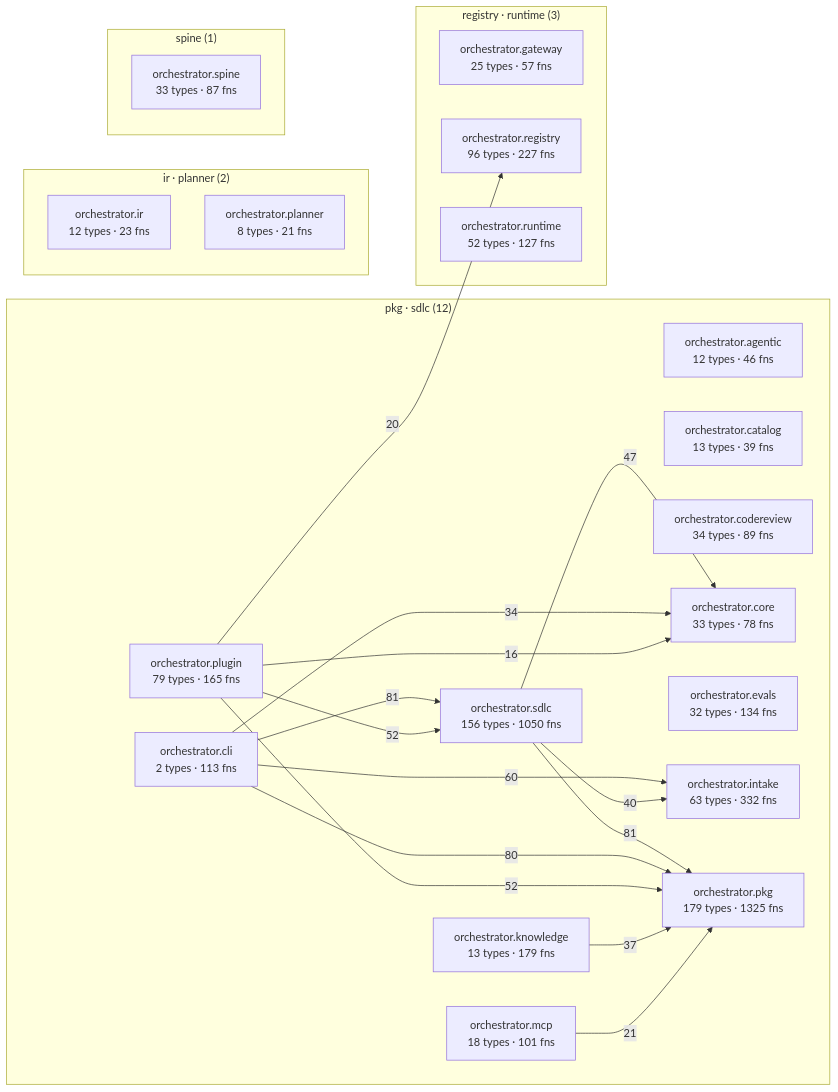
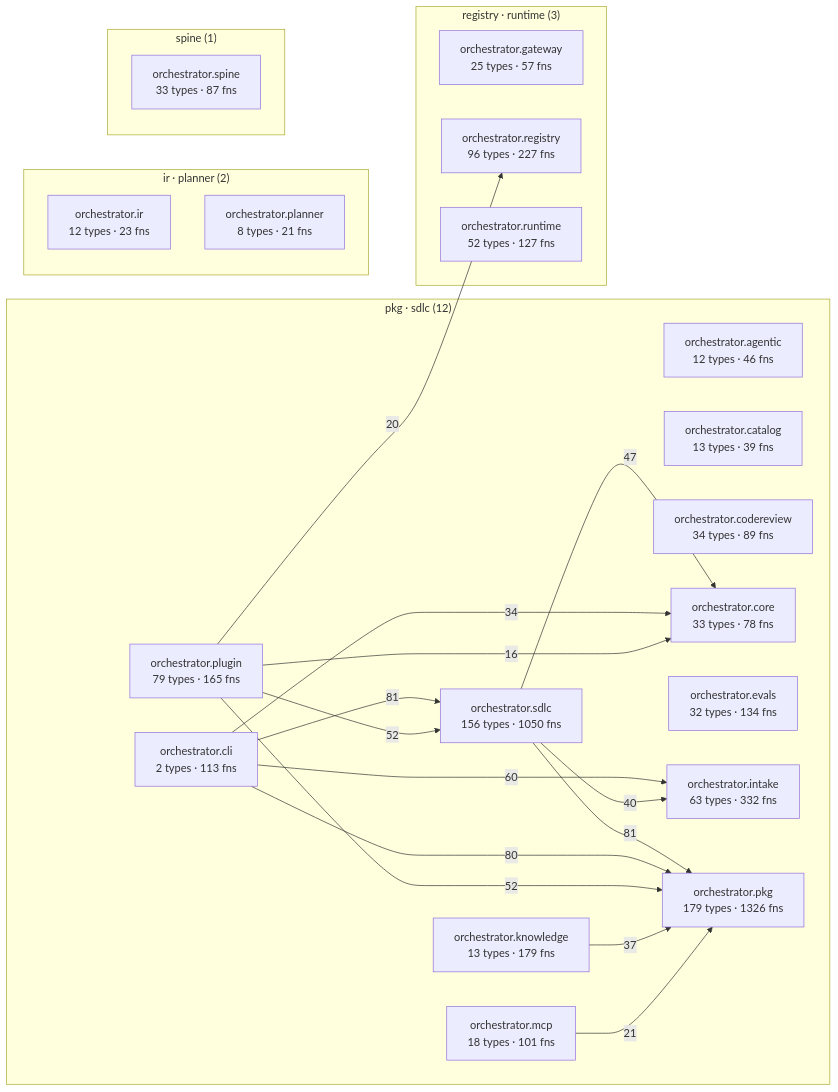
The diagram in episteme/architecture.md (synaptixs/spine), drawn with Mermaid before and after one commit. The commit also changed other lines of this file and 10 other files, not shown here.

````diff
--- a/episteme/architecture.md
+++ b/episteme/architecture.md
@@ -56,42 +56,42 @@
 ```mermaid
 flowchart LR
   subgraph c_2["pkg · sdlc (12)"]
     aorchestratoragentic["orchestrator.agentic<br/>12 types · 46 fns"]
     aorchestratorcatalog["orchestrator.catalog<br/>13 types · 39 fns"]
     aorchestratorcli["orchestrator.cli<br/>2 types · 113 fns"]
     aorchestratorcodereview["orchestrator.codereview<br/>34 types · 89 fns"]
     aorchestratorcore["orchestrator.core<br/>33 types · 78 fns"]
     aorchestratorevals["orchestrator.evals<br/>32 types · 134 fns"]
     aorchestratorintake["orchestrator.intake<br/>63 types · 332 fns"]
     aorchestratorknowledge["orchestrator.knowledge<br/>13 types · 179 fns"]
     aorchestratormcp["orchestrator.mcp<br/>18 types · 101 fns"]
-    aorchestratorpkg["orchestrator.pkg<br/>179 types · 1325 fns"]
+    aorchestratorpkg["orchestrator.pkg<br/>179 types · 1326 fns"]
     aorchestratorplugin["orchestrator.plugin<br/>79 types · 165 fns"]
     aorchestratorsdlc["orchestrator.sdlc<br/>156 types · 1050 fns"]
   end
   subgraph c_5["registry · runtime (3)"]
     aorchestratorgateway["orchestrator.gateway<br/>25 types · 57 fns"]
     aorchestratorregistry["orchestrator.registry<br/>96 types · 227 fns"]
     aorchestratorruntime["orchestrator.runtime<br/>52 types · 127 fns"]
   end
   subgraph c_7["ir · planner (2)"]
     aorchestratorir["orchestrator.ir<br/>12 types · 23 fns"]
     aorchestratorplanner["orchestrator.planner<br/>8 types · 21 fns"]
   end
   subgraph c_12["spine (1)"]
     aorchestratorspine["orchestrator.spine<br/>33 types · 87 fns"]
   end
   aorchestratorcli -->|81| aorchestratorsdlc
   aorchestratorsdlc -->|81| aorchestratorpkg
   aorchestratorcli -->|80| aorchestratorpkg
   aorchestratorcli -->|60| aorchestratorintake
   aorchestratorplugin -->|52| aorchestratorpkg
   aorchestratorplugin -->|52| aorchestratorsdlc
   aorchestratorsdlc -->|47| aorchestratorcore
   aorchestratorsdlc -->|40| aorchestratorintake
   aorchestratorknowledge -->|37| aorchestratorpkg
   aorchestratorcli -->|34| aorchestratorcore
   aorchestratormcp -->|21| aorchestratorpkg
   aorchestratorplugin -->|20| aorchestratorregistry
   aorchestratorplugin -->|16| aorchestratorcore
 ```
````
